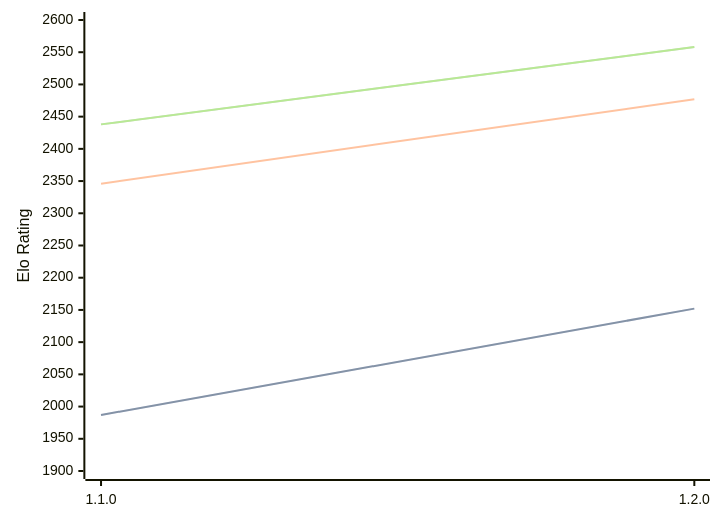
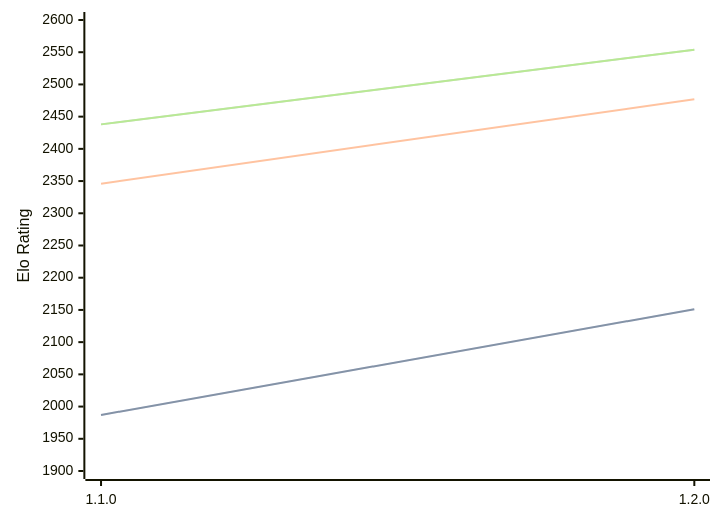
One commit to computer-chess-index/cci changed the diagram in engines/Gyatso.md. Above: the diagram before and after it, drawn with Mermaid. The commit also changed other lines of this file, not shown here.

Commit message:
Update CCI Ratings (ELO VLTC) - 2026-03-24

````diff
--- a/engines/Gyatso.md
+++ b/engines/Gyatso.md
@@ -33,11 +33,11 @@
 ```mermaid
 %%{init: {"theme":"base","themeVariables":{"seriesColors:['#a3a3a3','#222221','#faa371']}}}%%
 xychart-beta
   x-axis ["1.1.0", "1.2.0"]
   y-axis "Elo Rating" 1900 --> 2600
-  line "STC (8.0+0.08s)" [1987, 2152]
-  line "STC (8.0+0.08s)" [1987, 2152]
+  line "STC (8.0+0.08s)" [1987, 2151]
+  line "STC (8.0+0.08s)" [1987, 2151]
   line "LTC (60.0+0.60s)" [2346, 2477]
-  line "VLTC (2m24s+1.12s)" [2438, 2558]
-  line "VLTC (2m24s+1.12s)" [2438, 2558]
+  line "VLTC (2m24s+1.12s)" [2438, 2554]
+  line "VLTC (2m24s+1.12s)" [2438, 2554]
 ```
````
